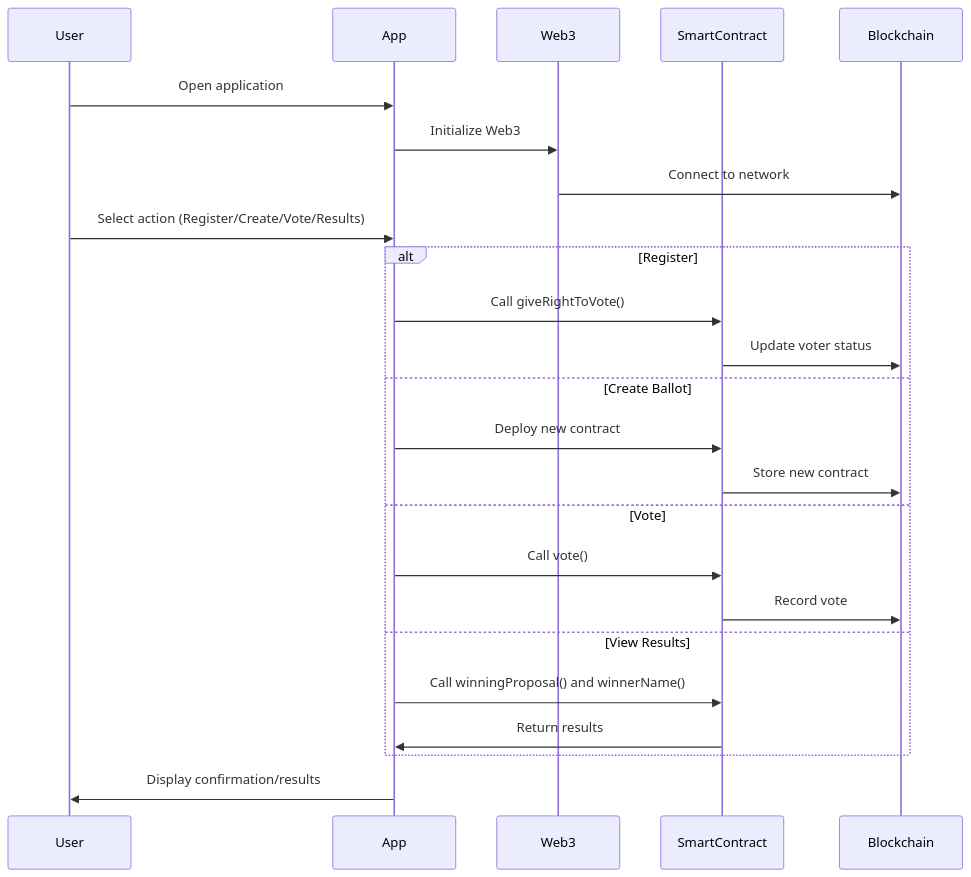
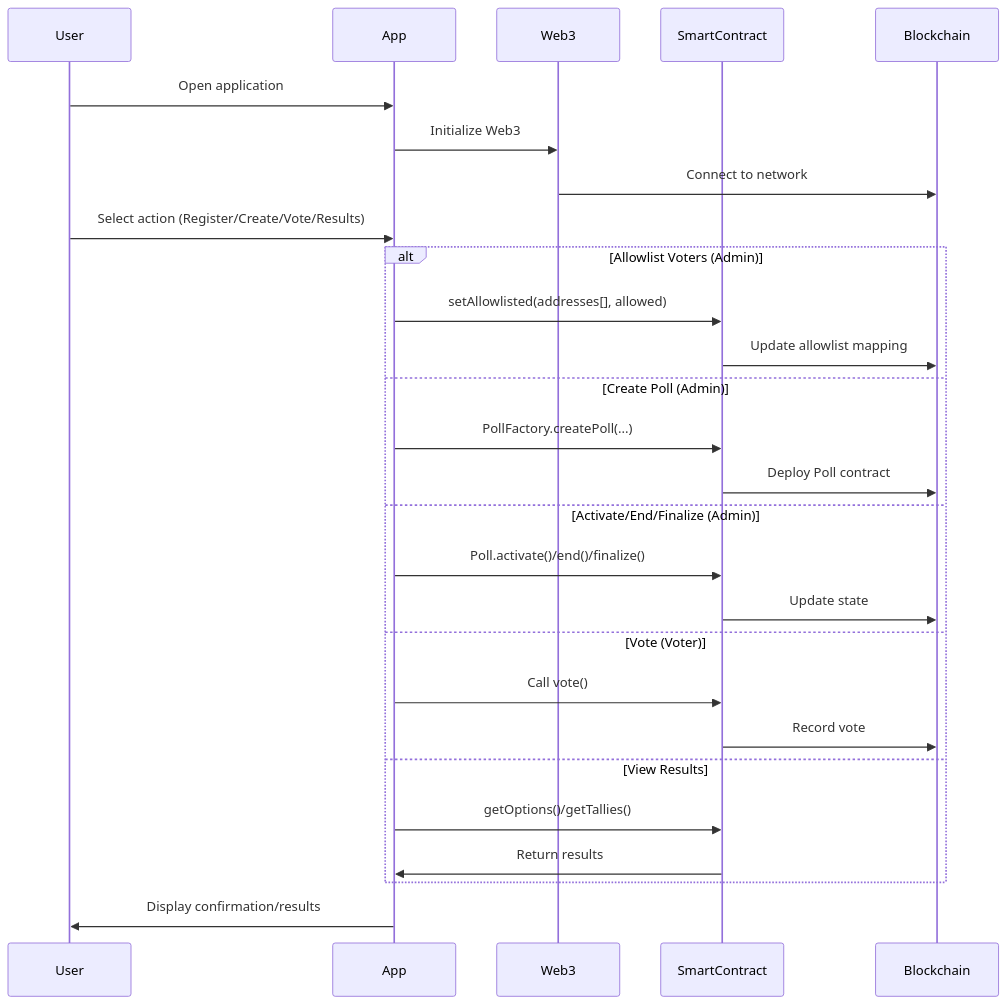
One commit to gongahkia/netero changed the second of 2 diagrams in README.md. Above: the diagram before and after it, drawn with Mermaid. The commit also changed other lines of this file and 14 other files, not shown here.

````diff
--- a/README.md
+++ b/README.md
@@ -85,29 +88,32 @@
 ```mermaid
 sequenceDiagram
     participant User
     participant App
     participant Web3
     participant SmartContract
     participant Blockchain
 
     User->>App: Open application
     App->>Web3: Initialize Web3
     Web3->>Blockchain: Connect to network
     User->>App: Select action (Register/Create/Vote/Results)
     
-    alt Register
-        App->>SmartContract: Call giveRightToVote()
-        SmartContract->>Blockchain: Update voter status
-    else Create Ballot
-        App->>SmartContract: Deploy new contract
-        SmartContract->>Blockchain: Store new contract
-    else Vote
+    alt Allowlist Voters (Admin)
+        App->>SmartContract: setAllowlisted(addresses[], allowed)
+        SmartContract->>Blockchain: Update allowlist mapping
+    else Create Poll (Admin)
+        App->>SmartContract: PollFactory.createPoll(...)
+        SmartContract->>Blockchain: Deploy Poll contract
+    else Activate/End/Finalize (Admin)
+        App->>SmartContract: Poll.activate()/end()/finalize()
+        SmartContract->>Blockchain: Update state
+    else Vote (Voter)
         App->>SmartContract: Call vote()
         SmartContract->>Blockchain: Record vote
     else View Results
-        App->>SmartContract: Call winningProposal() and winnerName()
+        App->>SmartContract: getOptions()/getTallies()
         SmartContract->>App: Return results
     end
     
     App->>User: Display confirmation/results
 ```
````
